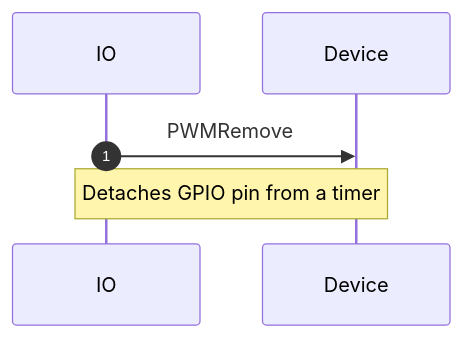
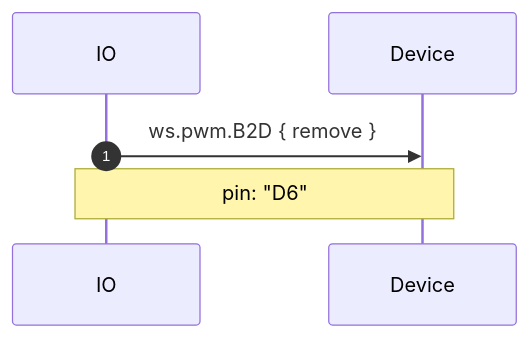
Before and after one commit to adafruit/Wippersnapper_Protobuf: the ninth of 10 diagrams in proto/wippersnapper/docs/pwm.md, drawn with Mermaid. The commit also changed other lines of this file and 10 other files, not shown here.

````diff
--- a/proto/wippersnapper/docs/pwm.md
+++ b/proto/wippersnapper/docs/pwm.md
@@ -115,6 +149,6 @@
 ```mermaid
 sequenceDiagram
 autonumber
-IO->>Device: PWMRemove
-Note over IO, Device: Detaches GPIO pin from a timer
+IO->>Device: ws.pwm.B2D { remove }
+Note over IO, Device: pin: "D6"
 ```
````
